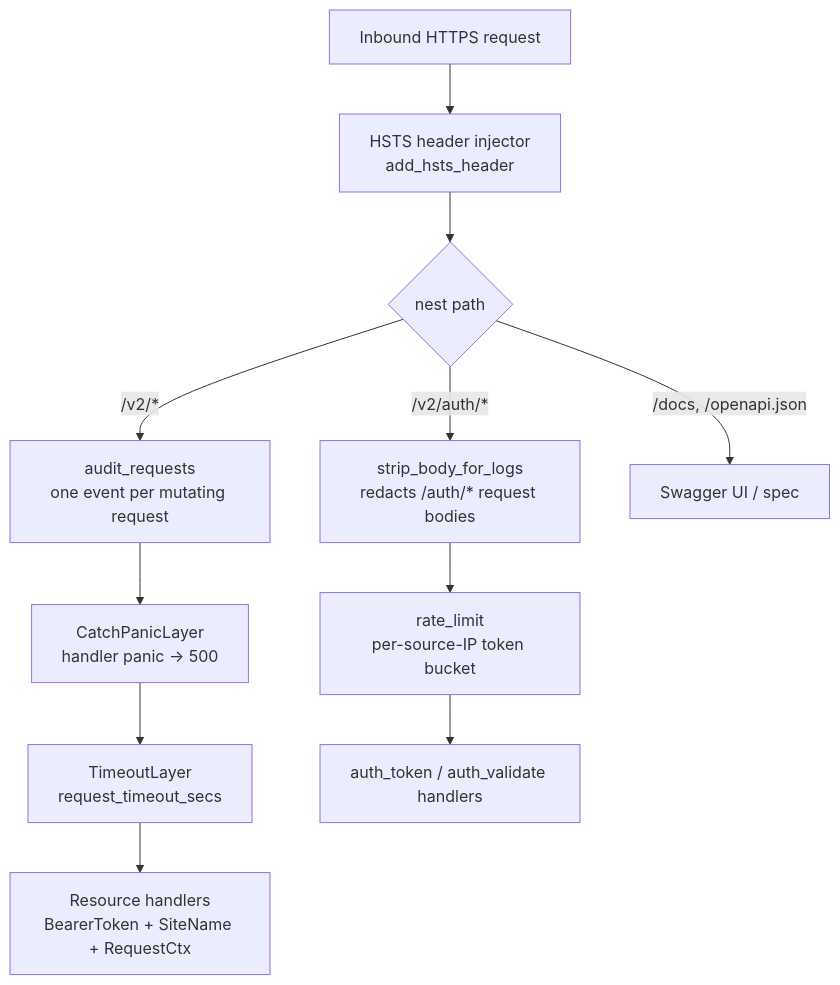
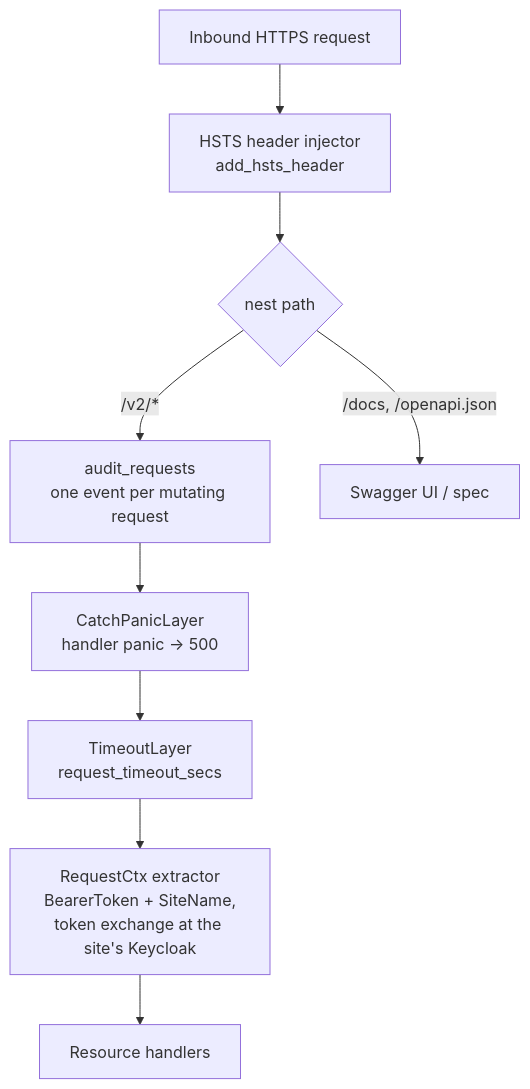
One commit to eth-cscs/manta changed the third of 3 diagrams in ARCHITECTURE.md. Above: the diagram before and after it, drawn with Mermaid. The commit also changed other lines of this file and 118 other files, not shown here.

First line of the commit message:
Keycloak authentication: one token from CSCS KC for all sites (#115)

````diff
--- a/ARCHITECTURE.md
+++ b/ARCHITECTURE.md
@@ -338,16 +349,13 @@
 ```mermaid
 flowchart TD
     Req[Inbound HTTPS request] --> HSTS[HSTS header injector<br/>add_hsts_header]
     HSTS --> Split{nest path}
 
     Split -->|/v2/*| Aud[audit_requests<br/>one event per mutating request]
     Aud --> Panic[CatchPanicLayer<br/>handler panic → 500]
     Panic --> Tmo[TimeoutLayer<br/>request_timeout_secs]
-    Tmo --> Hdlr[Resource handlers<br/>BearerToken + SiteName + RequestCtx]
-
-    Split -->|/v2/auth/*| StripBody[strip_body_for_logs<br/>redacts /auth/* request bodies]
-    StripBody --> RL[rate_limit<br/>per-source-IP token bucket]
-    RL --> AuthH[auth_token / auth_validate handlers]
+    Tmo --> Ctx[RequestCtx extractor<br/>BearerToken + SiteName,<br/>token exchange at the site's Keycloak]
+    Ctx --> Hdlr[Resource handlers]
 
     Split -->|/docs, /openapi.json| Swagger[Swagger UI / spec]
 ```
````
